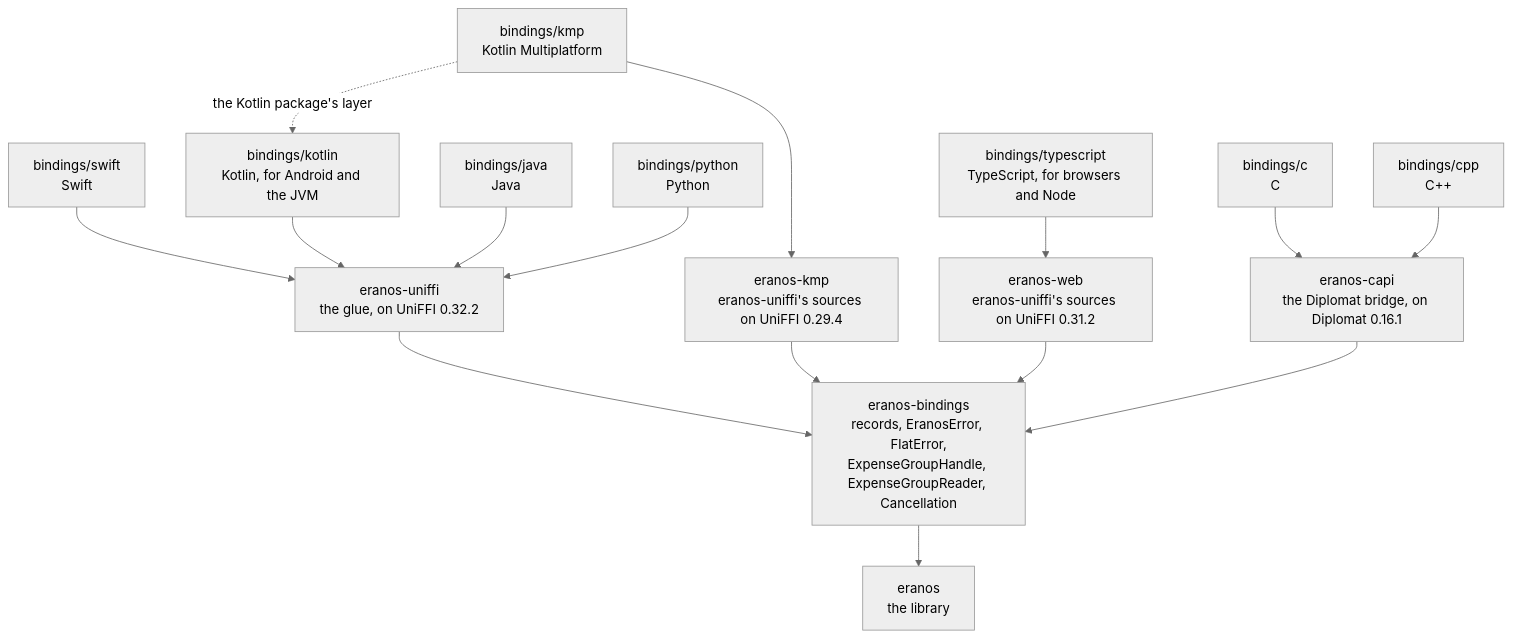
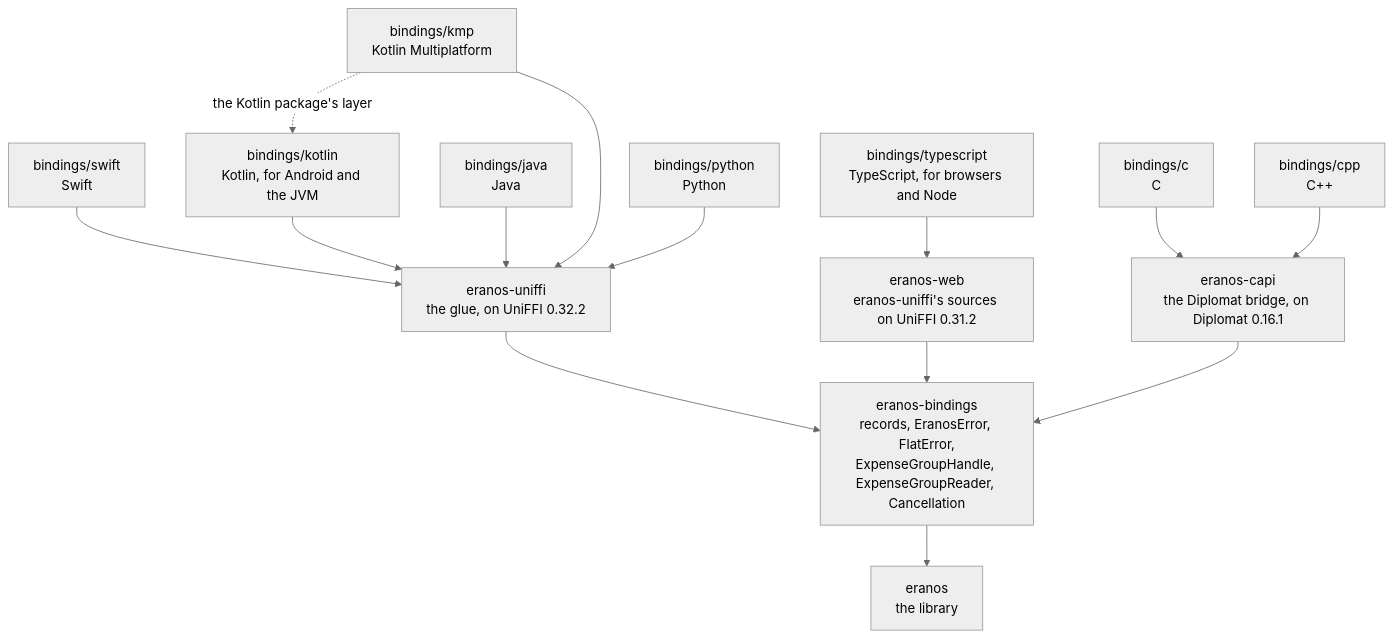
One commit to cristiancristea00/eranos changed the diagram in docs/BINDINGS.md. Above: the diagram before and after it, drawn with Mermaid (neutral theme). The commit also changed other lines of this file and 32 other files, not shown here.

````diff
--- a/docs/BINDINGS.md
+++ b/docs/BINDINGS.md
@@ -56,31 +56,29 @@
 ```mermaid
 flowchart TD
     SWIFT["bindings/swift<br/>Swift"]
     KOTLIN["bindings/kotlin<br/>Kotlin, for Android and the JVM"]
     JAVA["bindings/java<br/>Java"]
     KMPPACKAGE["bindings/kmp<br/>Kotlin Multiplatform"]
     TYPESCRIPT["bindings/typescript<br/>TypeScript, for browsers and Node"]
     C["bindings/c<br/>C"]
     CPP["bindings/cpp<br/>C++"]
     PYTHON["bindings/python<br/>Python"]
     UNIFFI["eranos-uniffi<br/>the glue, on UniFFI 0.32.2"]
-    KMP["eranos-kmp<br/>eranos-uniffi's sources on UniFFI 0.29.4"]
     WEB["eranos-web<br/>eranos-uniffi's sources on UniFFI 0.31.2"]
     CAPI["eranos-capi<br/>the Diplomat bridge, on Diplomat 0.16.1"]
     BINDINGS["eranos-bindings<br/>records, EranosError, FlatError,<br/>ExpenseGroupHandle, ExpenseGroupReader, Cancellation"]
     FACADE["eranos<br/>the library"]
     SWIFT --> UNIFFI
     KOTLIN --> UNIFFI
     JAVA --> UNIFFI
-    KMPPACKAGE --> KMP
+    KMPPACKAGE --> UNIFFI
     KMPPACKAGE -.->|the Kotlin package's layer| KOTLIN
     TYPESCRIPT --> WEB
     C --> CAPI
     CPP --> CAPI
     PYTHON --> UNIFFI
     UNIFFI --> BINDINGS
-    KMP --> BINDINGS
     WEB --> BINDINGS
     CAPI --> BINDINGS
     BINDINGS --> FACADE
 ```
````
